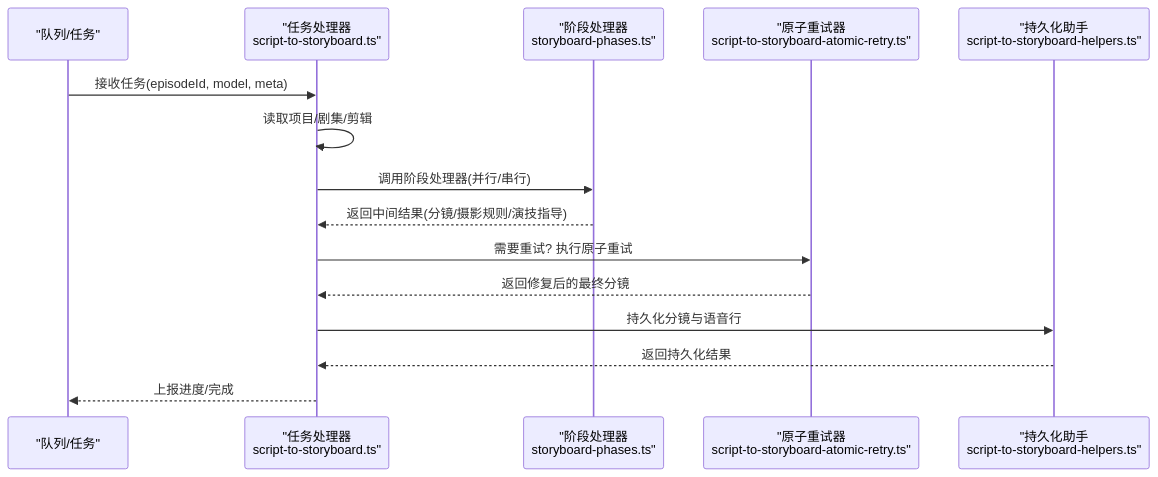
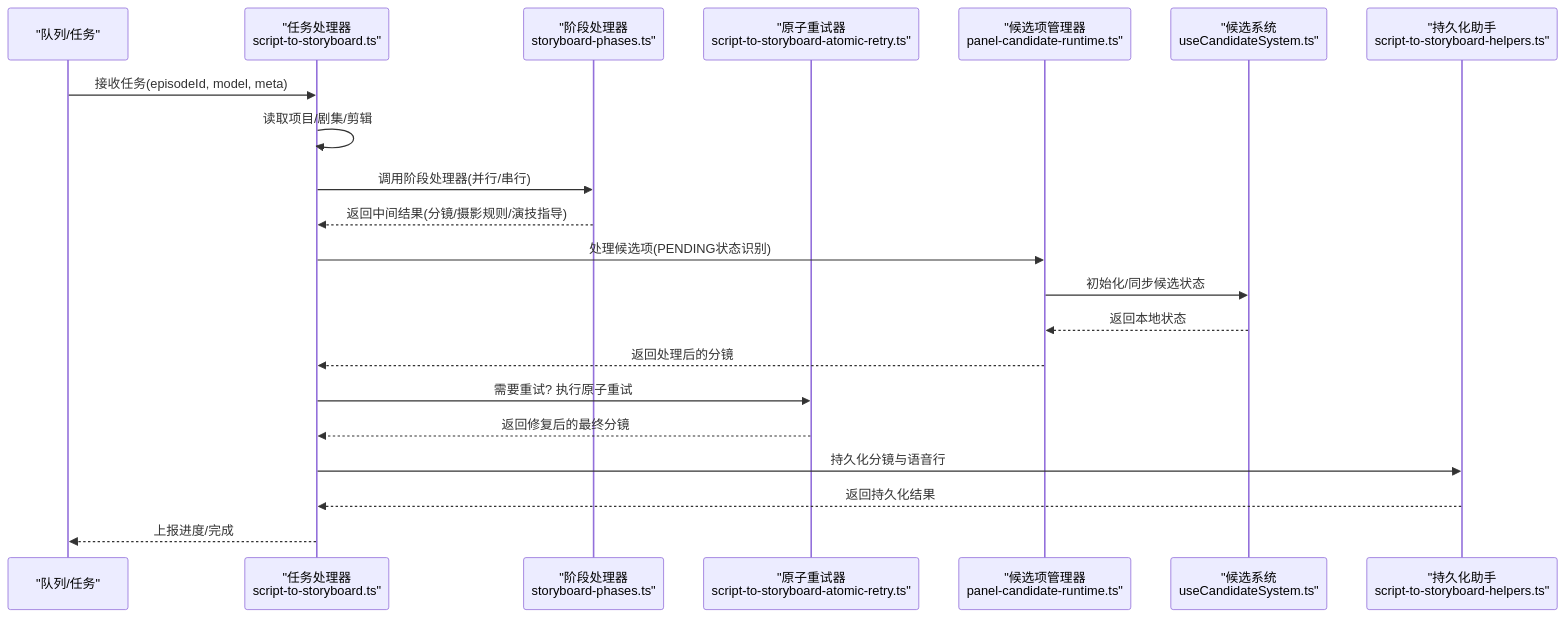
The second of 9 diagrams in .qoder/repowiki/zh/content/小说推广工作流/分镜生成模块.md (lyl2021/waoowaoo), drawn with Mermaid before and after one commit. The commit also changed other lines of this file and 18 other files, not shown here.

````diff
--- a/.qoder/repowiki/zh/content/小说推广工作流/分镜生成模块.md
+++ b/.qoder/repowiki/zh/content/小说推广工作流/分镜生成模块.md
@@ -100,17 +132,23 @@
 ```mermaid
 sequenceDiagram
 participant Q as "队列/任务"
 participant W as "任务处理器<br/>script-to-storyboard.ts"
 participant O as "阶段处理器<br/>storyboard-phases.ts"
 participant R as "原子重试器<br/>script-to-storyboard-atomic-retry.ts"
+participant CR as "候选项管理器<br/>panel-candidate-runtime.ts"
+participant CS as "候选系统<br/>useCandidateSystem.ts"
 participant H as "持久化助手<br/>script-to-storyboard-helpers.ts"
 Q->>W : 接收任务(episodeId, model, meta)
 W->>W : 读取项目/剧集/剪辑
 W->>O : 调用阶段处理器(并行/串行)
 O-->>W : 返回中间结果(分镜/摄影规则/演技指导)
+W->>CR : 处理候选项(PENDING状态识别)
+CR->>CS : 初始化/同步候选状态
+CS-->>CR : 返回本地状态
+CR-->>W : 返回处理后的分镜
 W->>R : 需要重试? 执行原子重试
 R-->>W : 返回修复后的最终分镜
 W->>H : 持久化分镜与语音行
 H-->>W : 返回持久化结果
 W-->>Q : 上报进度/完成
 ```
````
